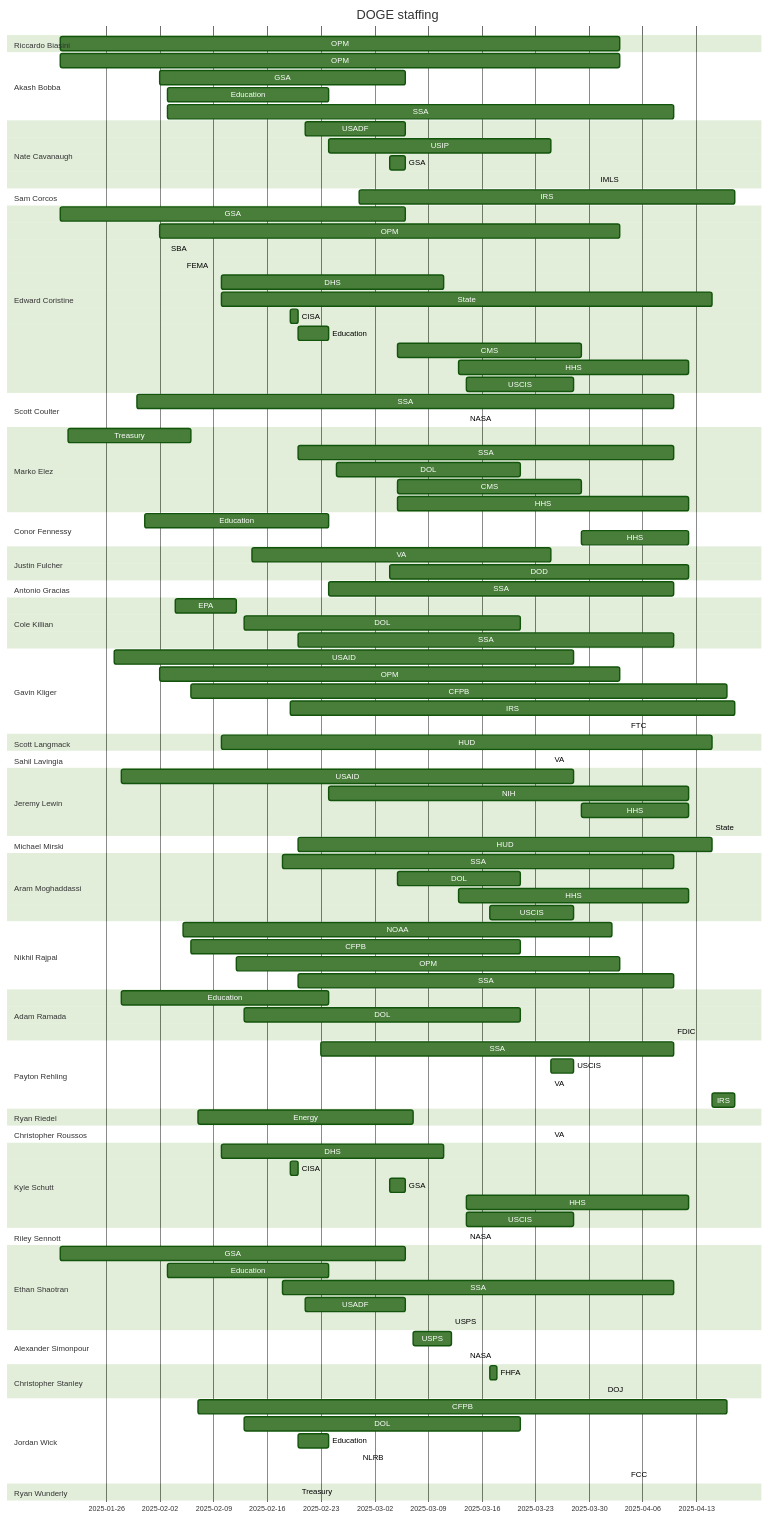
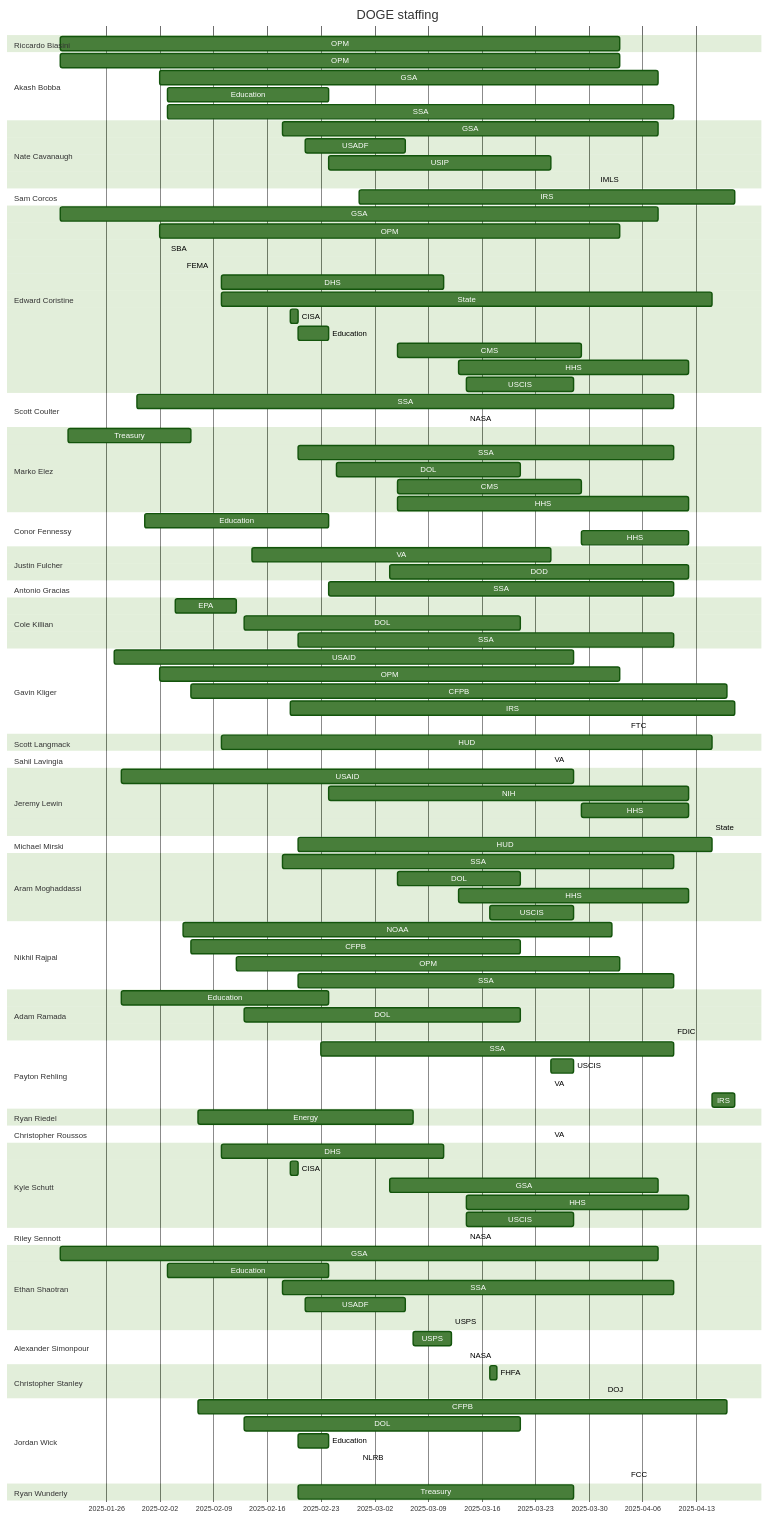
The diagram in it_modernization/staffing_chart.md (harrisj/trump_data), drawn with Mermaid (forest theme) before and after one commit. The commit also changed 13 other files, not shown here.

````diff
--- a/it_modernization/staffing_chart.md
+++ b/it_modernization/staffing_chart.md
@@ -7,18 +7,18 @@
         OPM : 2025-01-20, 2025-04-03
     section Akash Bobba
         OPM : 2025-01-20, 2025-04-03
-        GSA : 2025-02-02, 2025-03-06
+        GSA : 2025-02-02, 2025-04-08
         Education : 2025-02-03, 2025-02-24
         SSA : 2025-02-03, 2025-04-10
     section Nate Cavanaugh
+        GSA : 2025-02-18, 2025-04-08
         USADF : 2025-02-21, 2025-03-06
         USIP : 2025-02-24, 2025-03-25
-        GSA : 2025-03-04, 2025-03-06
         IMLS : 2025-03-31, 2025-03-31
     section Sam Corcos
         IRS : 2025-02-28, 2025-04-18
     section Edward Coristine
-        GSA : 2025-01-20, 2025-03-06
+        GSA : 2025-01-20, 2025-04-08
         OPM : 2025-02-02, 2025-04-03
         SBA : 2025-02-03, 2025-02-03
         FEMA : 2025-02-05, 2025-02-05
@@ -93,13 +93,13 @@
     section Kyle Schutt
         DHS : 2025-02-10, 2025-03-11
         CISA : 2025-02-19, 2025-02-20
-        GSA : 2025-03-04, 2025-03-06
+        GSA : 2025-03-04, 2025-04-08
         HHS : 2025-03-14, 2025-04-12
         USCIS : 2025-03-14, 2025-03-28
     section Riley Sennott
         NASA : 2025-03-14, 2025-03-14
     section Ethan Shaotran
-        GSA : 2025-01-20, 2025-03-06
+        GSA : 2025-01-20, 2025-04-08
         Education : 2025-02-03, 2025-02-24
         SSA : 2025-02-18, 2025-04-10
         USADF : 2025-02-21, 2025-03-06
@@ -117,5 +117,5 @@
         NLRB : 2025-02-28, 2025-02-28
         FCC : 2025-04-04, 2025-04-04
     section Ryan Wunderly
-        Treasury : 2025-02-20, 2025-02-20
+        Treasury : 2025-02-20, 2025-03-28
 ```
````
